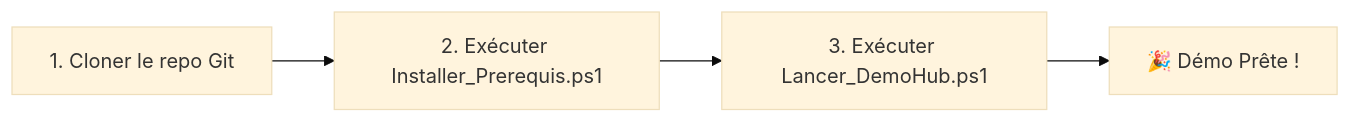
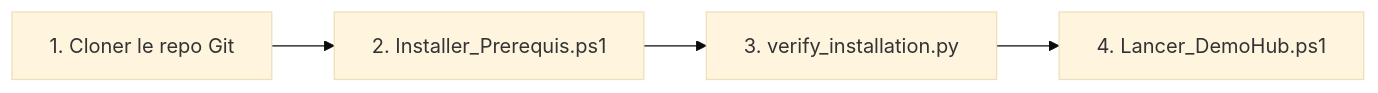
One commit to JuGhithub/CopilotPlusDemoHub changed the second of 2 diagrams in README.fr.md. Above: the diagram before and after it, drawn with Mermaid (base theme). The commit also changed other lines of this file and 7 other files, not shown here.

````diff
--- a/README.fr.md
+++ b/README.fr.md
@@ -147,6 +147,6 @@
 ```mermaid
 flowchart LR
-    Clone["1. Cloner le repo Git"] --> Install["2. Exécuter Installer_Prerequis.ps1"]
-    Install --> Run["3. Exécuter Lancer_DemoHub.ps1"]
-    Run --> Enjoy["🎉 Démo Prête !"]
+    Clone["1. Cloner le repo Git"] --> Install["2. Installer_Prerequis.ps1"]
+    Install --> Verify["3. verify_installation.py"]
+    Verify --> Run["4. Lancer_DemoHub.ps1"]
 ```
````
